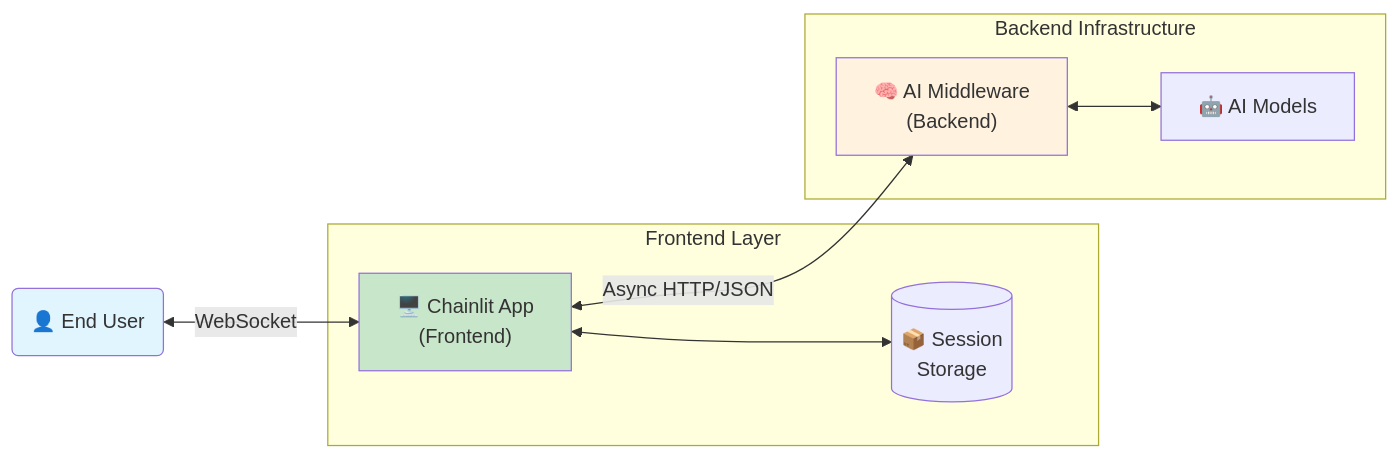
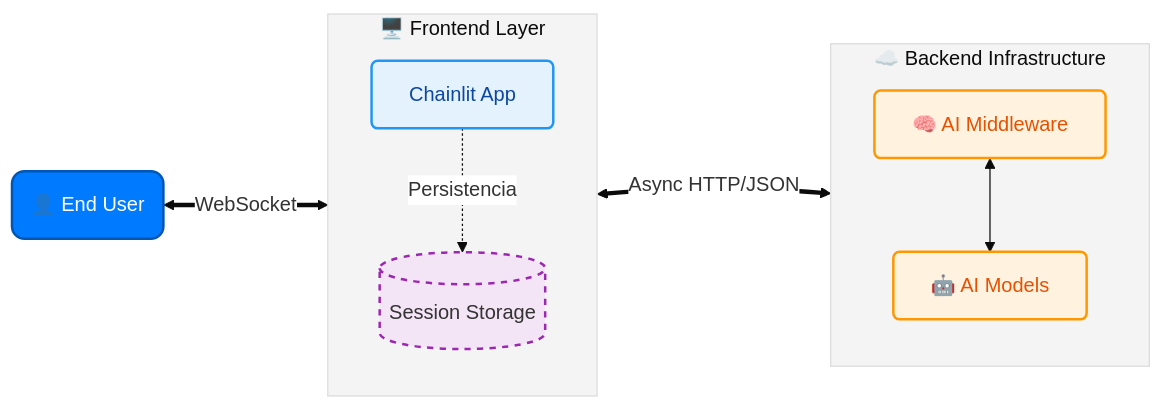
Before and after one commit to hitthecodelabs/EnterpriseAIChat-Chainlit: the first of 6 diagrams in README.md, drawn with Mermaid.

Commit message:
Revise mermaid diagram in README.md
Updated the mermaid diagram for frontend and backend layers with new styles and structure.

````diff
--- a/README.md
+++ b/README.md
@@ -27,21 +27,33 @@
 ```mermaid
+%%{init: {'theme': 'base', 'themeVariables': { 'primaryColor': '#ffffff', 'edgeLabelBackground':'#ffffff', 'tertiaryColor': '#f4f4f4'}}}%%
 graph LR
-    User("👤 End User") <-->|WebSocket| CL["🖥️ Chainlit App<br/>(Frontend)"]
-    CL <-->|Async HTTP/JSON| MW["🧠 AI Middleware<br/>(Backend)"]
+    %% Definición de Estilos (Clases)
+    classDef person fill:#007bff,stroke:#0056b3,stroke-width:2px,color:#fff,rx:10,ry:10;
+    classDef frontend fill:#e3f2fd,stroke:#2196f3,stroke-width:2px,color:#0d47a1,rx:5,ry:5;
+    classDef backend fill:#fff3e0,stroke:#ff9800,stroke-width:2px,color:#e65100,rx:5,ry:5;
+    classDef db fill:#f3e5f5,stroke:#9c27b0,stroke-width:2px,stroke-dasharray: 5 5;
 
-    subgraph "Frontend Layer"
-        CL
-        SS[("📦 Session<br/>Storage")]
-        CL <--> SS
+    %% Nodos
+    User("👤 End User"):::person
+    
+    subgraph ClientSide ["🖥️ Frontend Layer"]
+        direction TB
+        CL["Chainlit App"]:::frontend
+        SS[("Session Storage")]:::db
     end
 
-    subgraph "Backend Infrastructure"
-        MW
-        AI["🤖 AI Models"]
-        MW <--> AI
+    subgraph ServerSide ["☁️ Backend Infrastructure"]
+        direction TB
+        MW["🧠 AI Middleware"]:::backend
+        AI["🤖 AI Models"]:::backend
     end
 
-    style User fill:#e1f5fe
-    style CL fill:#c8e6c9
-    style MW fill:#fff3e0
+    %% Relaciones
+    User <==>|WebSocket| CL
+    CL <==>|Async HTTP/JSON| MW
+    CL -.->|Persistencia| SS
+    MW <--> AI
+    
+    %% Enlace invisible para alinear subgrafos si es necesario
+    ClientSide ~~~ ServerSide
 ```
````
